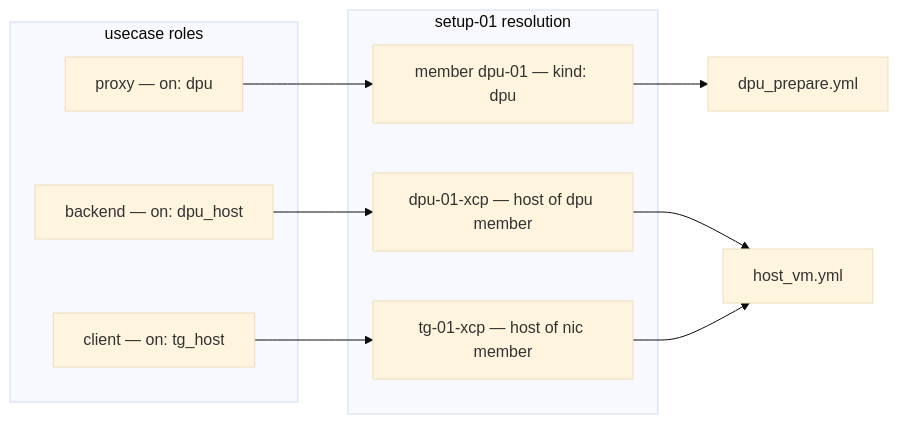
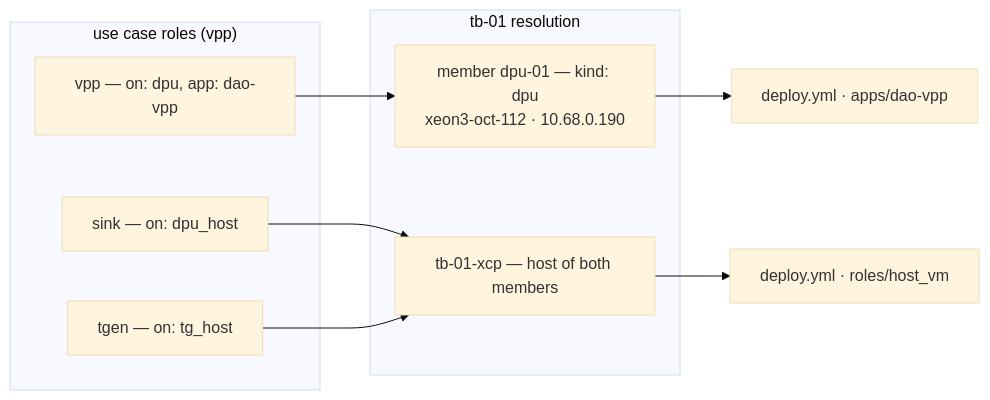
The diagram in plan/05-provisioning.md (hrushikesh-sam/dao-lab-selfserve), drawn with Mermaid (base theme) before and after one commit. The commit also changed other lines of this file and 5 other files, not shown here.

````diff
--- a/plan/05-provisioning.md
+++ b/plan/05-provisioning.md
@@ -309,16 +424,15 @@
 ```mermaid
 graph LR
-  subgraph usecase roles
-    P["proxy — on: dpu"]
-    B["backend — on: dpu_host"]
-    C["client — on: tg_host"]
+  subgraph "use case roles (vpp)"
+    P["vpp — on: dpu, app: dao-vpp"]
+    S["sink — on: dpu_host"]
+    T["tgen — on: tg_host"]
   end
-  subgraph setup-01 resolution
-    D["member dpu-01 — kind: dpu"]
-    DX["dpu-01-xcp — host of dpu member"]
-    TX["tg-01-xcp — host of nic member"]
+  subgraph "tb-01 resolution"
+    D["member dpu-01 — kind: dpu<br/>xeon3-oct-112 · 10.68.0.190"]
+    X["tb-01-xcp — host of both members"]
   end
-  P --> D --> PB1["dpu_prepare.yml"]
-  B --> DX --> PB2["host_vm.yml"]
-  C --> TX --> PB2
+  P --> D --> PB1["deploy.yml · apps/dao-vpp"]
+  S --> X
+  T --> X --> PB2["deploy.yml · roles/host_vm"]
 ```
````
